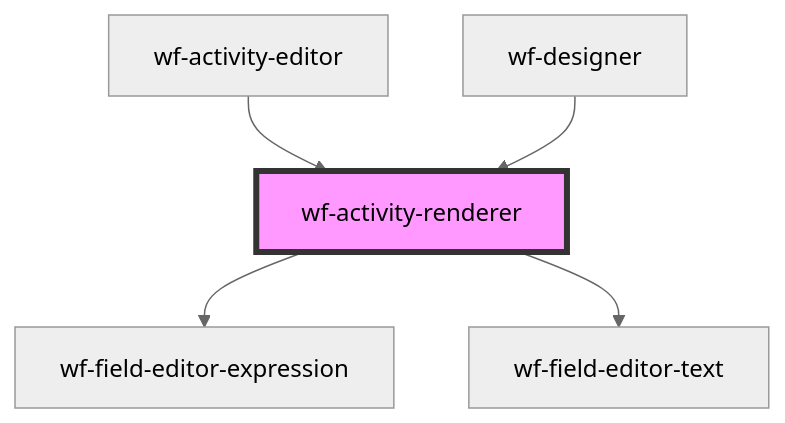
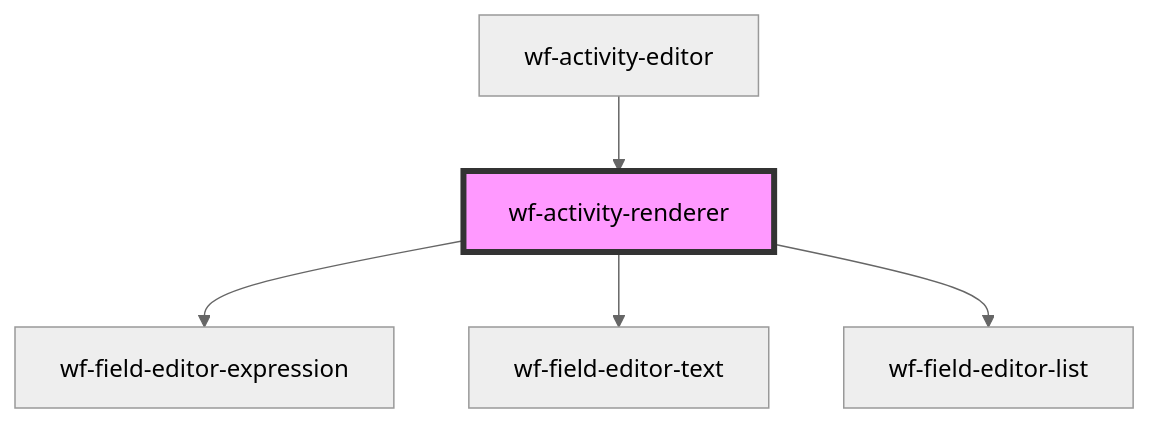
The diagram in src/components/workflow-designer/activity-renderer/readme.md (elsa-workflows/elsa-designer), drawn with Mermaid (neutral theme) before and after one commit. The commit also changed other lines of this file and 25 other files, not shown here.

````diff
--- a/src/components/workflow-designer/activity-renderer/readme.md
+++ b/src/components/workflow-designer/activity-renderer/readme.md
@@ -30,8 +30,8 @@
 ```mermaid
 graph TD;
   wf-activity-renderer --> wf-field-editor-expression
   wf-activity-renderer --> wf-field-editor-text
+  wf-activity-renderer --> wf-field-editor-list
   wf-activity-editor --> wf-activity-renderer
-  wf-designer --> wf-activity-renderer
   style wf-activity-renderer fill:#f9f,stroke:#333,stroke-width:4px
 ```
````
